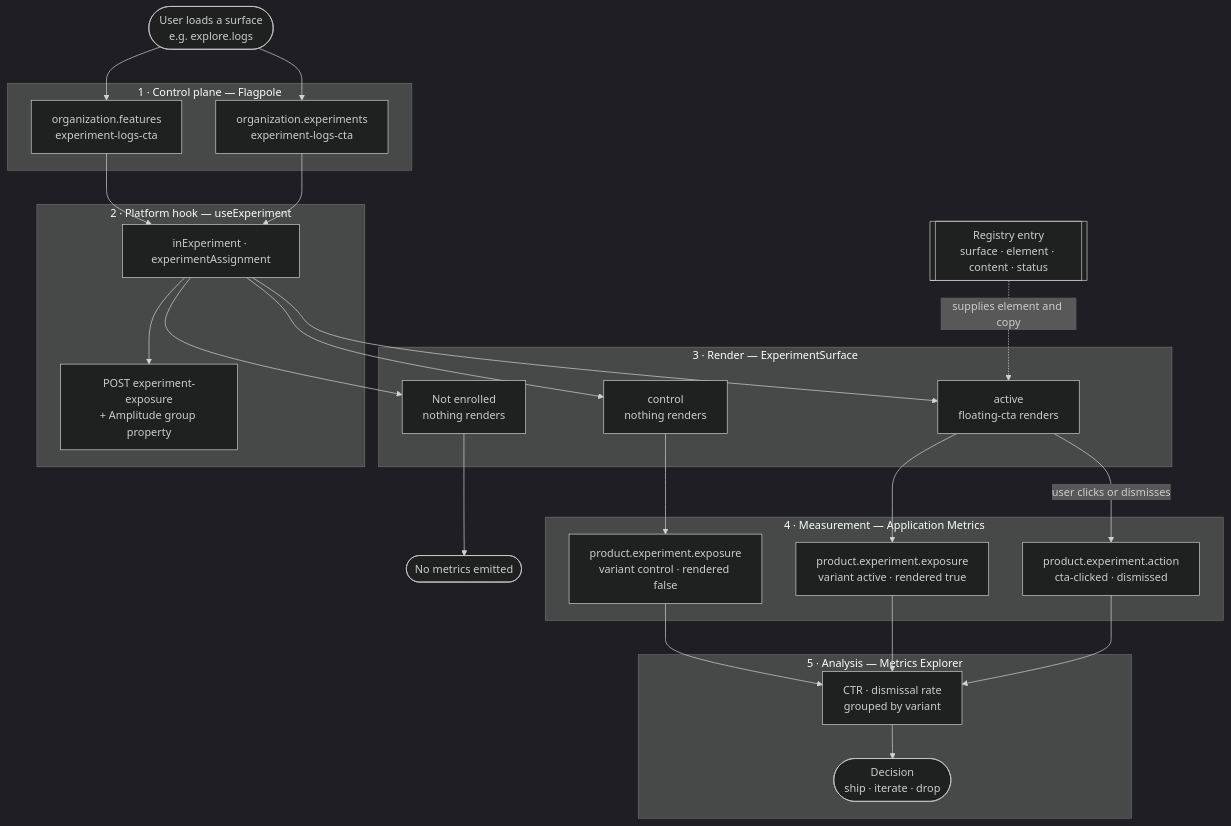
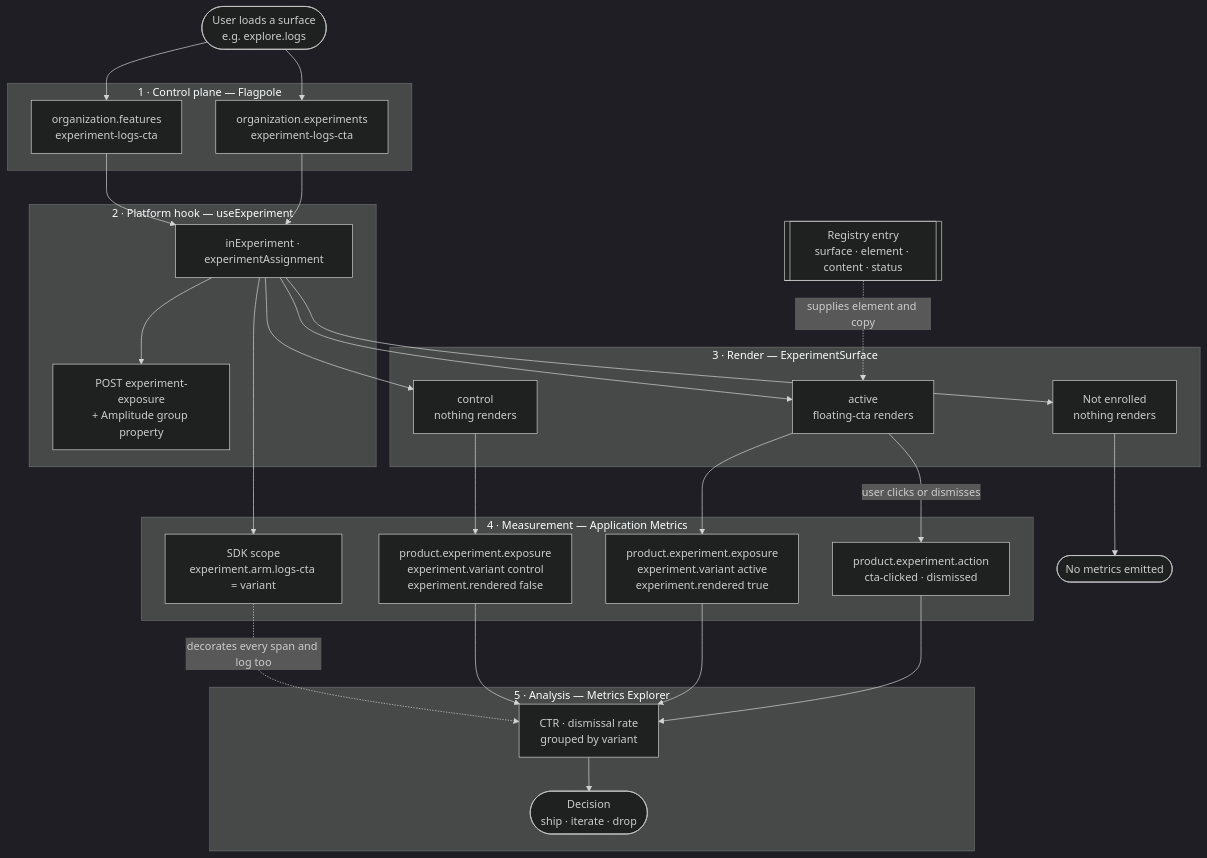
The diagram in .agents/skills/sendo/references/SPEC.md (KyleTryon/sentry-sendo-hackweek), drawn with Mermaid (dark theme) before and after one commit. The commit also changed other lines of this file and 1 other file, not shown here.

First line of the commit message:
docs(sendo): Bring the architecture diagram back in line with the code

````diff
--- a/.agents/skills/sendo/references/SPEC.md
+++ b/.agents/skills/sendo/references/SPEC.md
@@ -182,51 +183,54 @@
 ```mermaid
 flowchart TB
     user(["User loads a surface<br/>e.g. explore.logs"])
 
     subgraph plane1["1 · Control plane — Flagpole"]
         flag["organization.features<br/>experiment-logs-cta"]
         assign["organization.experiments<br/>experiment-logs-cta"]
     end
 
     subgraph plane2["2 · Platform hook — useExperiment"]
         hook["inExperiment · experimentAssignment"]
         platformExp["POST experiment-exposure<br/>+ Amplitude group property"]
     end
 
     registry[["Registry entry<br/>surface · element · content · status"]]
 
     subgraph plane3["3 · Render — ExperimentSurface"]
         notEnrolled["Not enrolled<br/>nothing renders"]
         controlArm["control<br/>nothing renders"]
         activeArm["active<br/>floating-cta renders"]
     end
 
     subgraph plane4["4 · Measurement — Application Metrics"]
-        expControl["product.experiment.exposure<br/>variant control · rendered false"]
-        expActive["product.experiment.exposure<br/>variant active · rendered true"]
+        expControl["product.experiment.exposure<br/>experiment.variant control<br/>experiment.rendered false"]
+        expActive["product.experiment.exposure<br/>experiment.variant active<br/>experiment.rendered true"]
         action["product.experiment.action<br/>cta-clicked · dismissed"]
+        scope["SDK scope<br/>experiment.arm.logs-cta = variant"]
     end
 
     subgraph plane5["5 · Analysis — Metrics Explorer"]
         query["CTR · dismissal rate<br/>grouped by variant"]
         decision(["Decision<br/>ship · iterate · drop"])
     end
 
     user --> flag
     user --> assign
     flag --> hook
     assign --> hook
     hook --> platformExp
+    hook --> scope
+    scope -.->|decorates every span and log too| query
     hook --> notEnrolled
     hook --> controlArm
     hook --> activeArm
     registry -.->|supplies element and copy| activeArm
     notEnrolled --> silent(["No metrics emitted"])
     controlArm --> expControl
     activeArm --> expActive
     activeArm -->|user clicks or dismisses| action
     expControl --> query
     expActive --> query
     action --> query
     query --> decision
 ```
````
